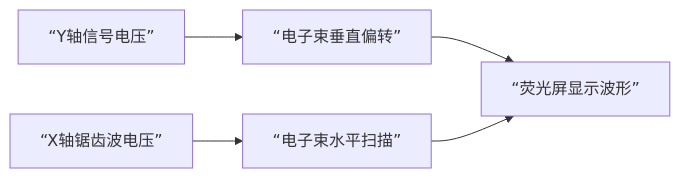
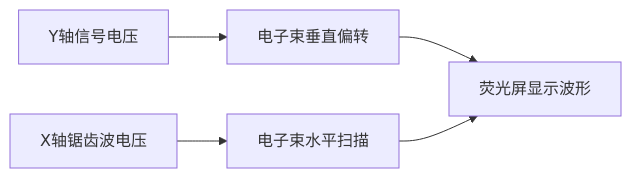
One commit to LiuandXu/physics-experiment-wiki changed the diagram in docs/08-示波器的使用.md. Above: the diagram before and after it, drawn with Mermaid. The commit also changed other lines of this file and 8 other files, not shown here.

````diff
--- a/docs/08-示波器的使用.md
+++ b/docs/08-示波器的使用.md
@@ -154,7 +154,7 @@
 ```mermaid
 flowchart LR
-    A[“Y轴信号电压”] --> B[“电子束垂直偏转”]
-    C[“X轴锯齿波电压”] --> D[“电子束水平扫描”]
-    B --> E[“荧光屏显示波形”]
+    A["Y轴信号电压"] --> B["电子束垂直偏转"]
+    C["X轴锯齿波电压"] --> D["电子束水平扫描"]
+    B --> E["荧光屏显示波形"]
     D --> E
 ```
````
